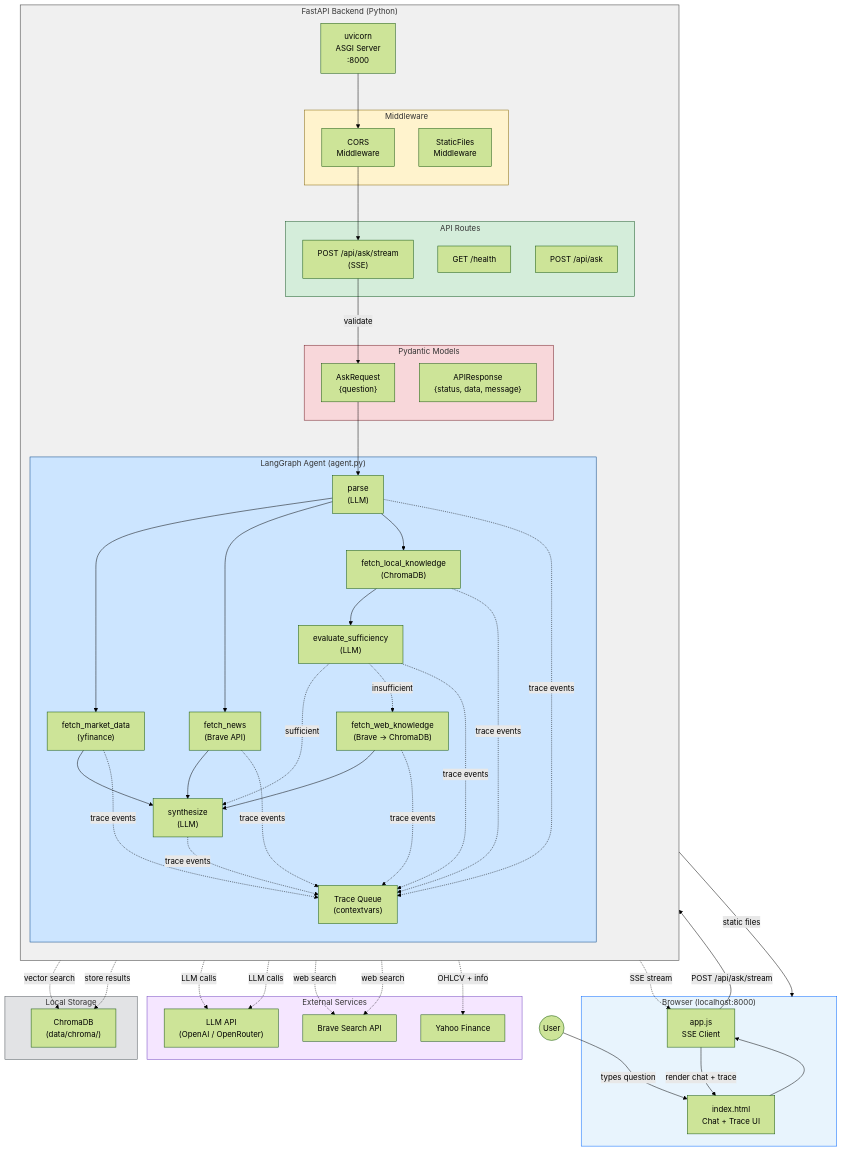
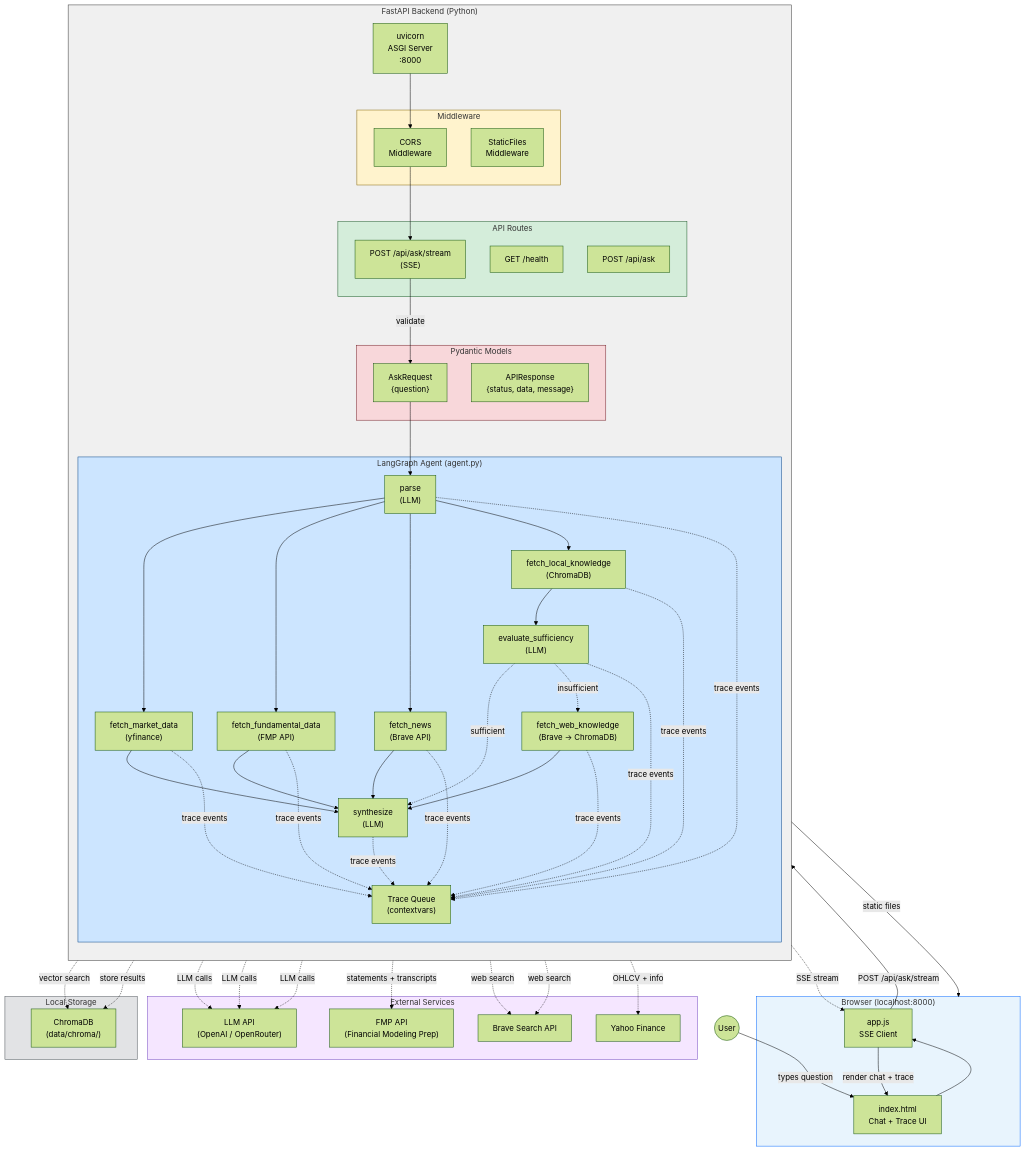
The diagram in README.md (KevinYum/financial-qa-agent), drawn with Mermaid (forest theme) before and after one commit. The commit also changed other lines of this file and 16 other files, not shown here.

First line of the commit message:
Add FMP fundamental data, simplify routing, and RAG-optimize knowledge queries (v0.0.24–v0.0.29)

```diff
--- a/README.md
+++ b/README.md
@@ -59,6 +59,7 @@
             TRACE["Trace Queue\n(contextvars)"]
             PARSE["parse\n(LLM)"]
             FETCH_MD["fetch_market_data\n(yfinance)"]
+            FETCH_FD["fetch_fundamental_data\n(FMP API)"]
             FETCH_NEWS["fetch_news\n(Brave API)"]
             FETCH_LOCAL["fetch_local_knowledge\n(ChromaDB)"]
             EVAL_SUFF["evaluate_sufficiency\n(LLM)"]
@@ -69,6 +70,7 @@
 
     subgraph External["External Services"]
         LLM_API["LLM API\n(OpenAI / OpenRouter)"]
+        FMP["FMP API\n(Financial Modeling Prep)"]
         BRAVE["Brave Search API"]
         YAHOO["Yahoo Finance"]
     end
@@ -89,18 +91,19 @@
     %% Agent flow
     STREAM -- "validate" --> REQ
     REQ --> PARSE
-    PARSE --> FETCH_MD & FETCH_NEWS & FETCH_LOCAL
-    FETCH_MD & FETCH_NEWS --> SYNTH
+    PARSE --> FETCH_MD & FETCH_FD & FETCH_NEWS & FETCH_LOCAL
+    FETCH_MD & FETCH_FD & FETCH_NEWS --> SYNTH
     FETCH_LOCAL --> EVAL_SUFF
     EVAL_SUFF -. "sufficient" .-> SYNTH
     EVAL_SUFF -. "insufficient" .-> FETCH_WEB
     FETCH_WEB --> SYNTH
-    PARSE & FETCH_MD & FETCH_NEWS & FETCH_LOCAL & EVAL_SUFF & FETCH_WEB & SYNTH -. "trace events" .-> TRACE
+    PARSE & FETCH_MD & FETCH_FD & FETCH_NEWS & FETCH_LOCAL & EVAL_SUFF & FETCH_WEB & SYNTH -. "trace events" .-> TRACE
     TRACE -. "SSE stream" .-> JS
     JS -- "render chat + trace" --> UI
 
     %% External connections
-    PARSE & SYNTH -. "LLM calls" .-> LLM_API
+    PARSE & SYNTH & FETCH_FD -. "LLM calls" .-> LLM_API
+    FETCH_FD -. "statements + transcripts" .-> FMP
     FETCH_MD -. "OHLCV + info" .-> YAHOO
     FETCH_NEWS -. "web search" .-> BRAVE
     FETCH_LOCAL -. "vector search" .-> CHROMA
```
